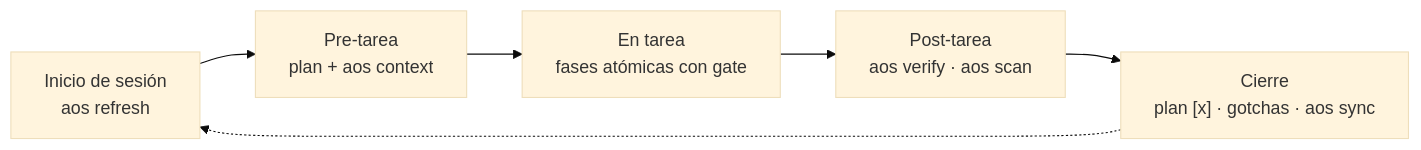
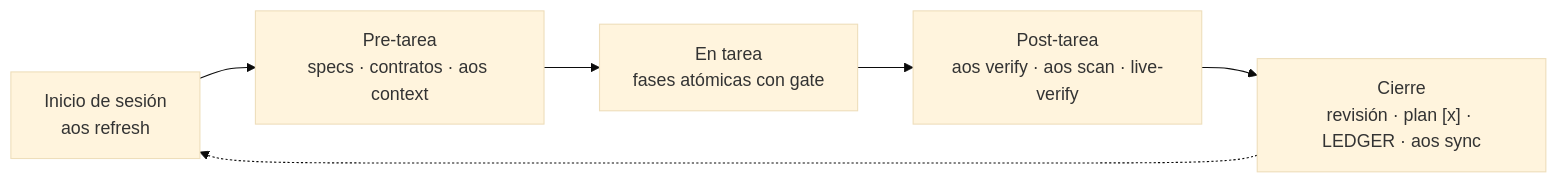
The diagram in README.md (Dass-19/dass-aos), drawn with Mermaid (base theme) before and after one commit. The commit also changed other lines of this file and 7 other files, not shown here.

````diff
--- a/README.md
+++ b/README.md
@@ -116,8 +215,8 @@
 ```mermaid
 flowchart LR
-    A["Inicio de sesión<br/>aos refresh"] --> B["Pre-tarea<br/>plan + aos context"]
+    A["Inicio de sesión<br/>aos refresh"] --> B["Pre-tarea<br/>specs · contratos · aos context"]
     B --> C["En tarea<br/>fases atómicas con gate"]
-    C --> D["Post-tarea<br/>aos verify · aos scan"]
-    D --> E["Cierre<br/>plan [x] · gotchas · aos sync"]
+    C --> D["Post-tarea<br/>aos verify · aos scan · live-verify"]
+    D --> E["Cierre<br/>revisión · plan [x] · LEDGER · aos sync"]
     E -.-> A
 ```
````
